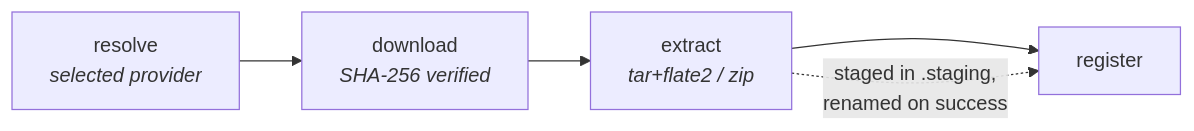
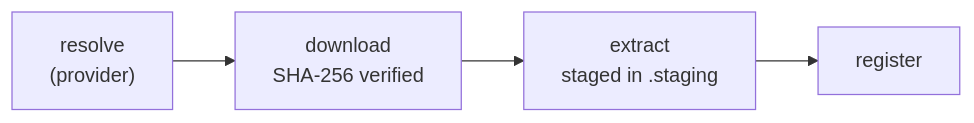
One commit to prytaneum/hestia changed the first of 3 diagrams in docs/architecture/engine.md. Above: the diagram before and after it, drawn with Mermaid. The commit also changed other lines of this file and 11 other files, not shown here.

Commit message:
docs(architecture): describe the current system only

````diff
--- a/docs/architecture/engine.md
+++ b/docs/architecture/engine.md
@@ -241,5 +118,4 @@
 ```mermaid
 flowchart LR
-    R["resolve<br/><i>selected provider</i>"] --> D["download<br/><i>SHA-256 verified</i>"] --> X["extract<br/><i>tar+flate2 / zip</i>"] --> REG["register"]
-    X -.->|"staged in .staging,<br/>renamed on success"| REG
+    R["resolve<br/>(provider)"] --> D["download<br/>SHA-256 verified"] --> X["extract<br/>staged in .staging"] --> REG["register"]
 ```
````
